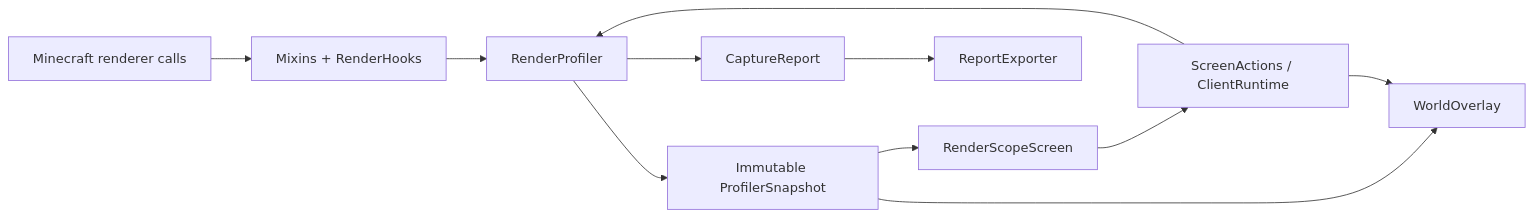
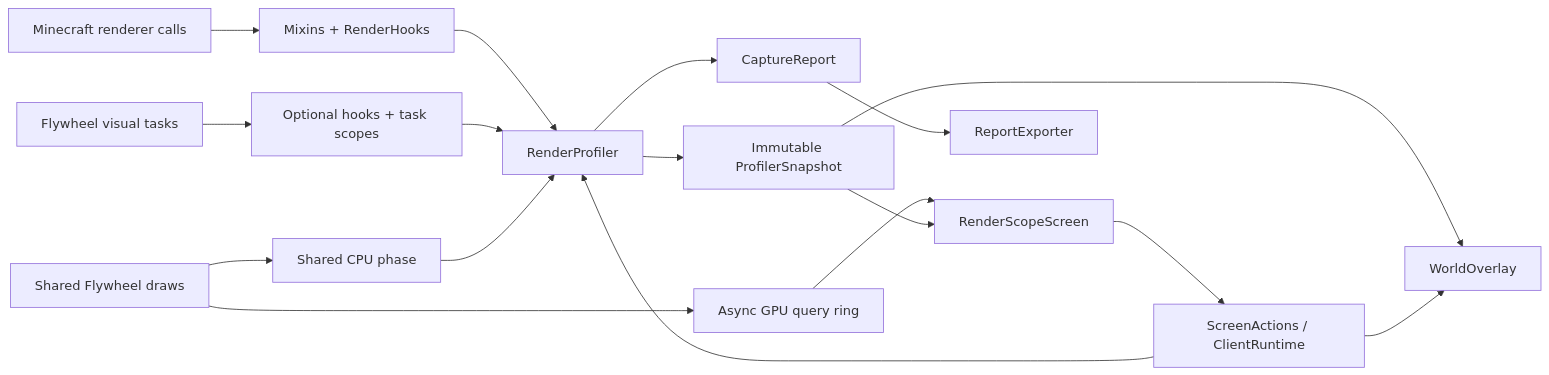
Before and after one commit to AlexFirst404/RenderScope: the diagram in docs/ARCHITECTURE.md, drawn with Mermaid. The commit also changed other lines of this file and 154 other files, not shown here.

````diff
--- a/docs/ARCHITECTURE.md
+++ b/docs/ARCHITECTURE.md
@@ -16,13 +16,19 @@
 ```mermaid
 flowchart LR
     A[Minecraft renderer calls] --> B[Mixins + RenderHooks]
     B --> C[RenderProfiler]
+    J[Flywheel visual tasks] --> K[Optional hooks + task scopes]
+    K --> C
+    L[Shared Flywheel draws] --> M[Shared CPU phase]
+    M --> C
+    L --> N[Async GPU query ring]
+    N --> E
     C --> D[Immutable ProfilerSnapshot]
     D --> E[RenderScopeScreen]
     D --> F[WorldOverlay]
     C --> G[CaptureReport]
     G --> H[ReportExporter]
     E --> I[ScreenActions / ClientRuntime]
     I --> C
     I --> F
 ```
````
